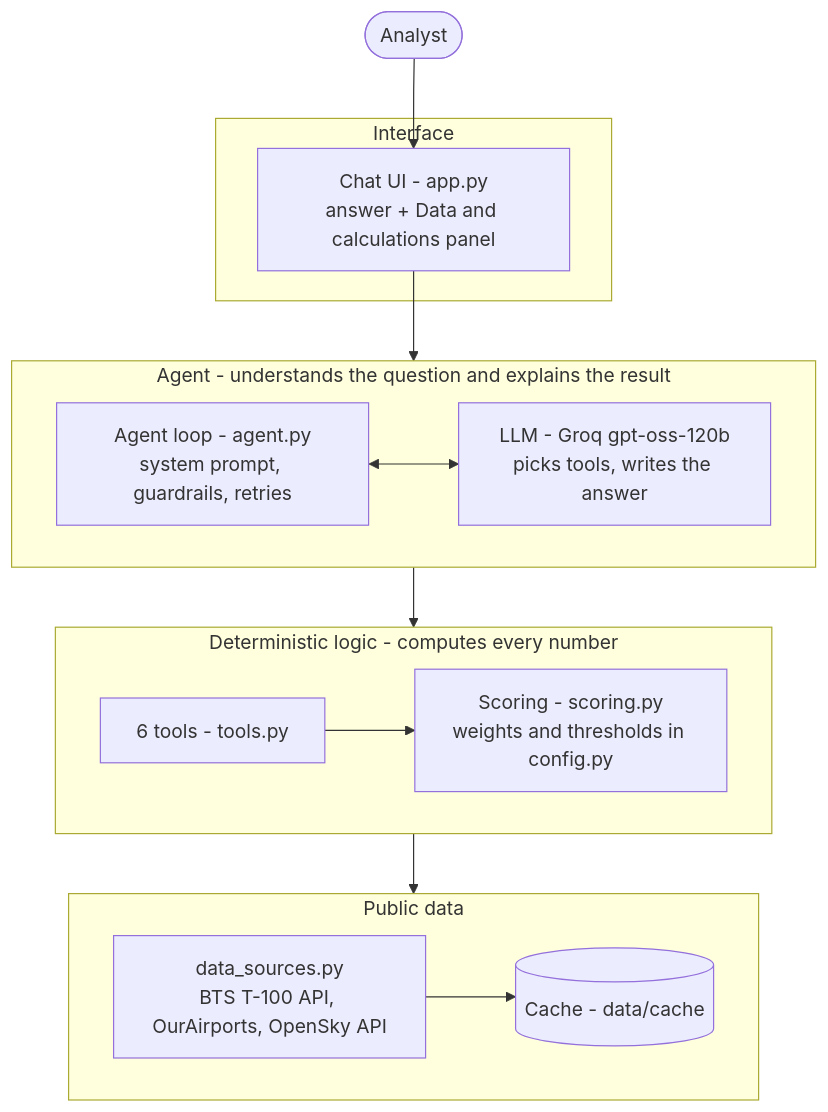
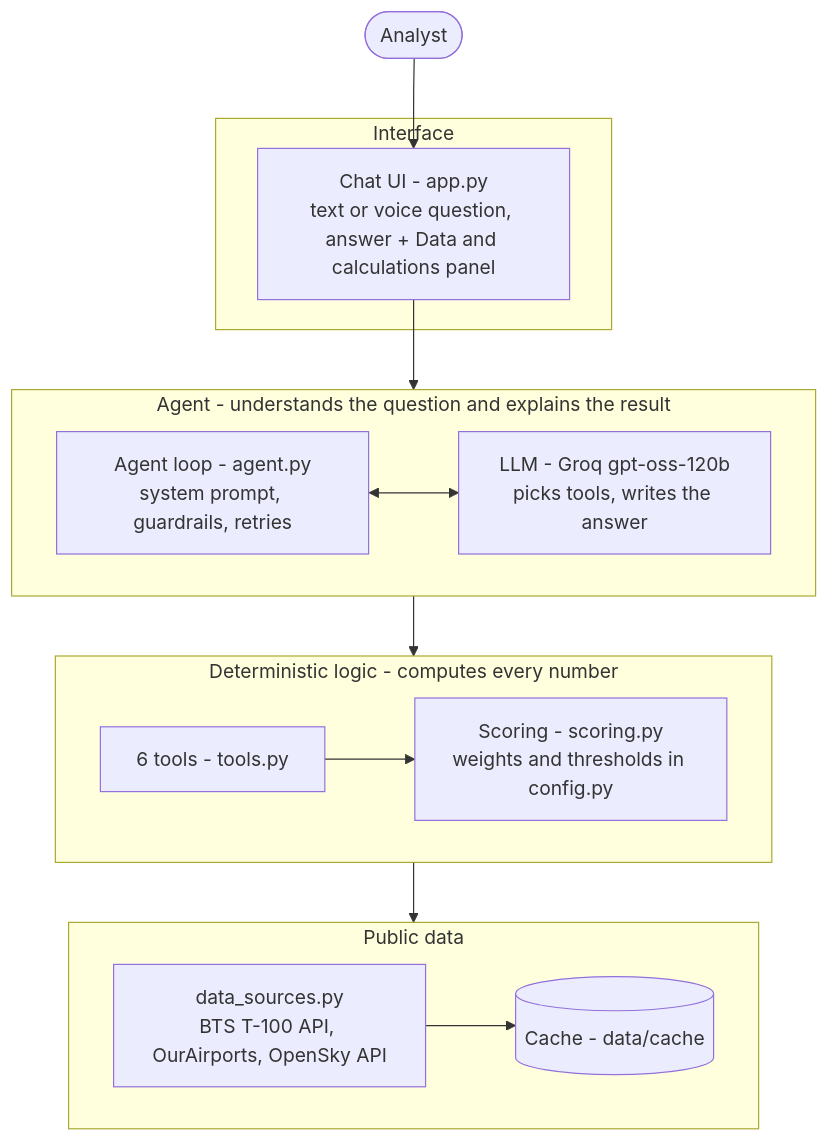
One commit to AdirGelkop/airport-investment-agent changed the diagram in README.md. Above: the diagram before and after it, drawn with Mermaid. The commit also changed other lines of this file and 6 other files, not shown here.

First line of the commit message:
Voice input (bonus): record a question, Groq Whisper transcribes it, normal pipeline answers

````diff
--- a/README.md
+++ b/README.md
@@ -11,31 +11,31 @@
 ```mermaid
 flowchart TB
     user(["Analyst"])
 
     subgraph interface ["Interface"]
-        ui["Chat UI - app.py<br/>answer + Data and calculations panel"]
+        ui["Chat UI - app.py<br/>text or voice question, answer + Data and calculations panel"]
     end
 
     subgraph ai ["Agent - understands the question and explains the result"]
         direction LR
         agent["Agent loop - agent.py<br/>system prompt, guardrails, retries"]
         llm["LLM - Groq gpt-oss-120b<br/>picks tools, writes the answer"]
         agent <--> llm
     end
 
     subgraph logic ["Deterministic logic - computes every number"]
         direction LR
         tools["6 tools - tools.py"]
         scoring["Scoring - scoring.py<br/>weights and thresholds in config.py"]
         tools --> scoring
     end
 
     subgraph data ["Public data"]
         direction LR
         sources["data_sources.py<br/>BTS T-100 API, OurAirports, OpenSky API"]
         cache[("Cache - data/cache")]
         sources --> cache
     end
 
     user --> ui --> ai --> logic --> data
 ```
````
